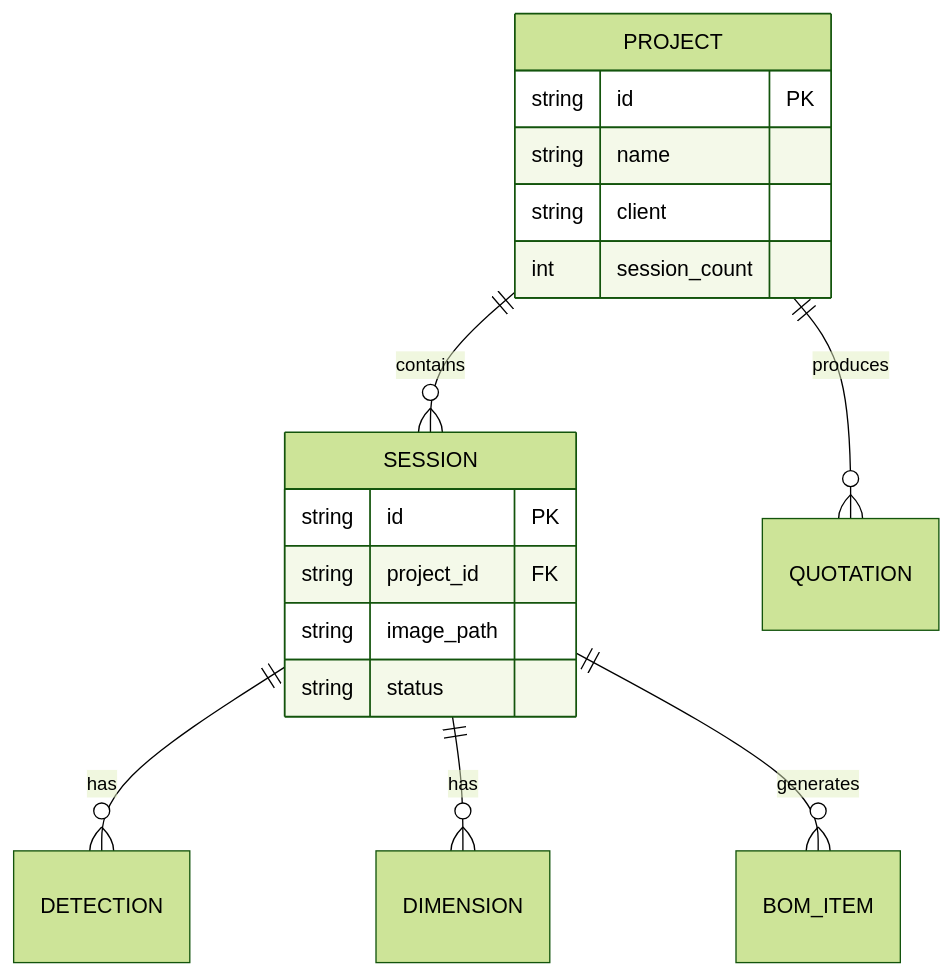
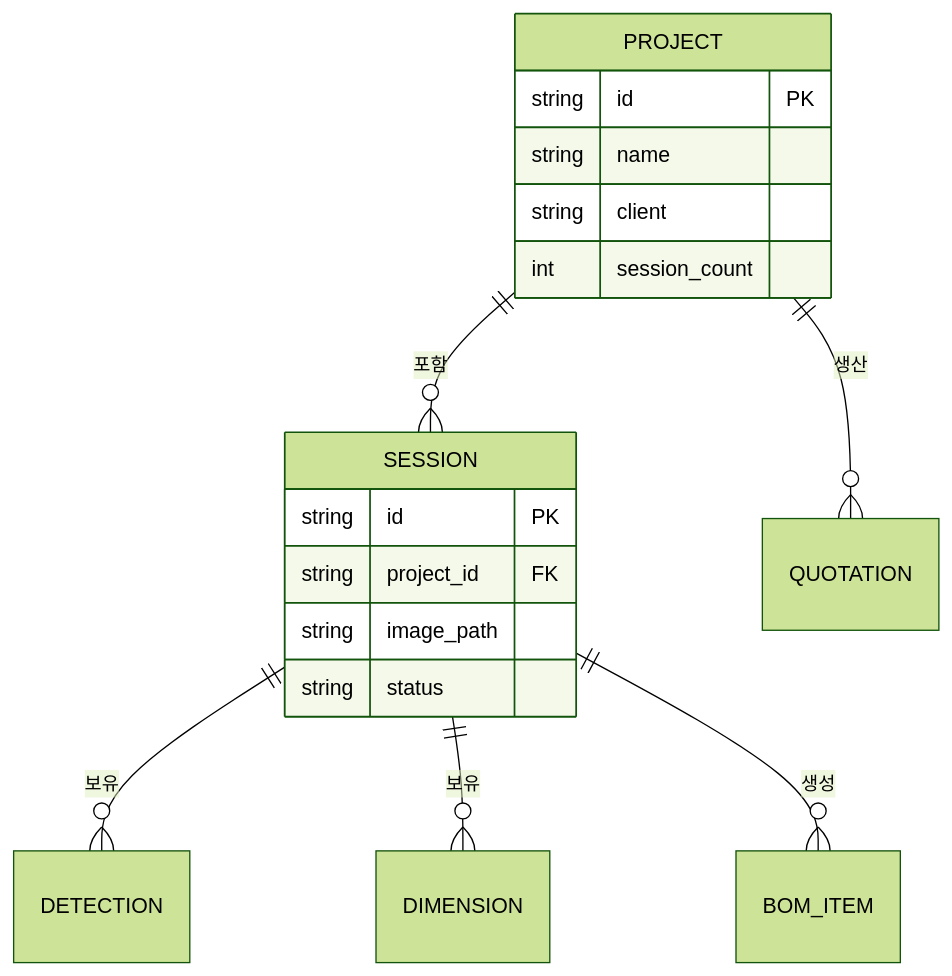
One commit to uprootai/AX_OCR changed the second of 2 diagrams in docs-site/docs/batch-delivery/index.md. Above: the diagram before and after it, drawn with Mermaid (forest theme). The commit also changed other lines of this file and 64 other files, not shown here.

````diff
--- a/docs-site/docs/batch-delivery/index.md
+++ b/docs-site/docs/batch-delivery/index.md
@@ -46,21 +46,21 @@
 ```mermaid
 erDiagram
-    PROJECT ||--o{ SESSION : contains
-    SESSION ||--o{ DETECTION : has
-    SESSION ||--o{ DIMENSION : has
-    SESSION ||--o{ BOM_ITEM : generates
-    PROJECT ||--o{ QUOTATION : produces
+    PROJECT ||--o{ SESSION : "포함"
+    SESSION ||--o{ DETECTION : "보유"
+    SESSION ||--o{ DIMENSION : "보유"
+    SESSION ||--o{ BOM_ITEM : "생성"
+    PROJECT ||--o{ QUOTATION : "생산"
 
     PROJECT {
         string id PK
         string name
         string client
         int session_count
     }
     SESSION {
         string id PK
         string project_id FK
         string image_path
         string status
     }
 ```
````
